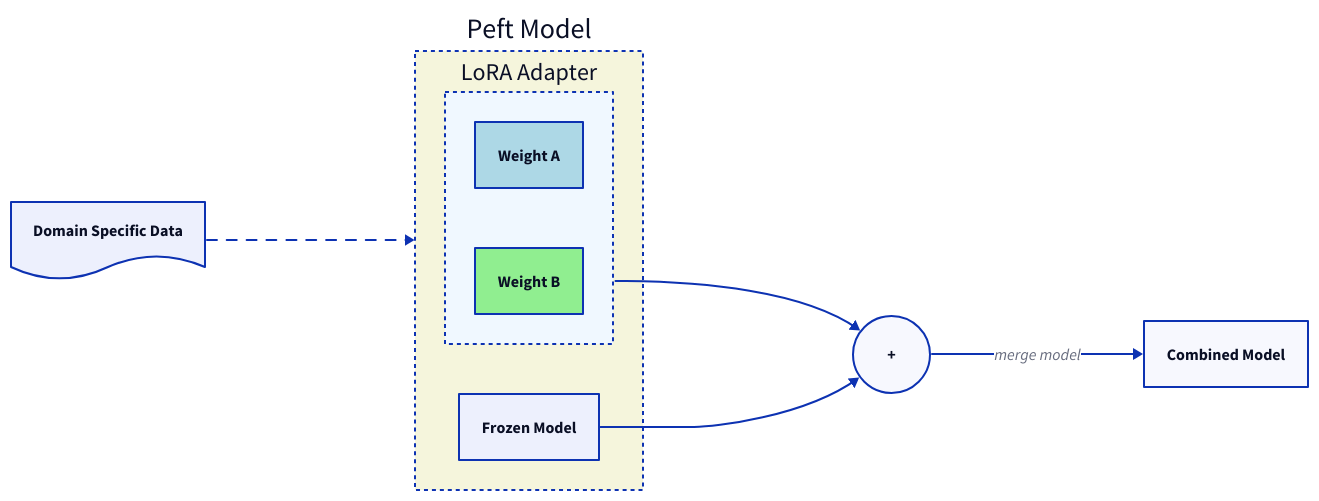
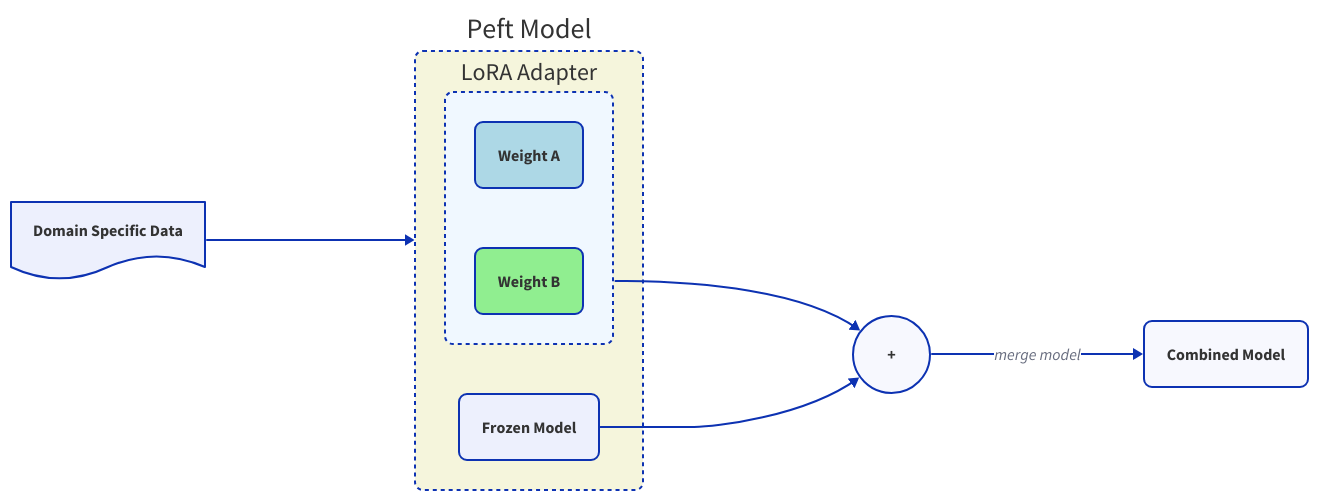
The diagram in blog/diagrams/lora.d2 (gautamnaik1994/LLM_Fine_Tuning_Basic), drawn with D2 before and after one commit. The commit also changed 4 other files, not shown here.

Commit message:
docs: Refine fine-tuning notebook execution counts, clarify blog post explanations, and update D2 diagram styling.

```diff
--- a/blog/diagrams/lora.d2
+++ b/blog/diagrams/lora.d2
@@ -1,47 +1,45 @@
 direction: right
 
+**.style.border-radius: 8
+**.style.font-color: "#333"
 
 domain_specific_data: "Domain Specific Data" {
   shape: document
 }
 
 peft_model: {
   label: "Peft Model"
   style: {
     fill: "beige"
     stroke-dash: 2
+    font-color: "#333333"
   }
   frozen_model: "Frozen Model"
   lora_adapter: "LoRA Adapter" {
     style: {
       fill: "aliceblue"
       stroke-dash: 2
     }
     lora_adapter: "Weight A" {
       style: {
         fill: "lightblue"
       }
     }
     lora_adapter_2: "Weight B" {
       style: {
         fill: "lightgreen"
       }
     }
   }
 }
 
 adder: "+" {
   shape: circle
 }
 
 combined_model: "Combined Model"
 
-domain_specific_data -> peft_model: {
-  style: {
-    animated: true
-  }
-}
-
+domain_specific_data -> peft_model
 peft_model.lora_adapter -> adder
 peft_model.frozen_model -> adder
 adder -> combined_model: "merge model"
```
